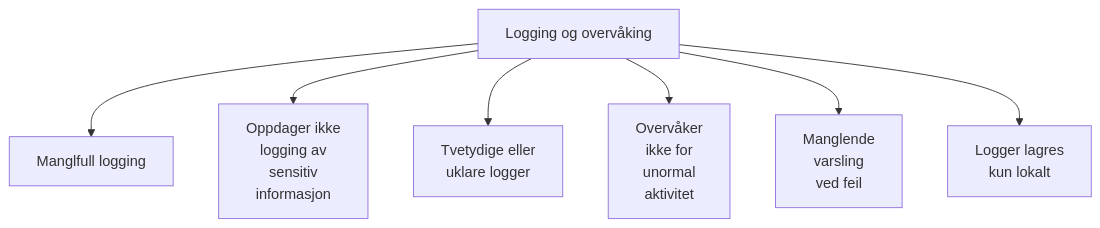
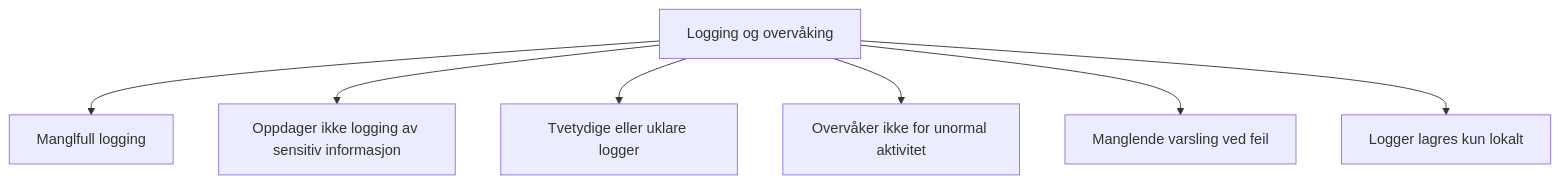
One commit to navikt/security-playbook changed the fourth of 18 diagrams in docs/08-sikker-utvikling/_saarbarhetstraer.mdx. Above: the diagram before and after it, drawn with Mermaid. The commit also changed other lines of this file, not shown here.

````diff
--- a/docs/08-sikker-utvikling/_saarbarhetstraer.mdx
+++ b/docs/08-sikker-utvikling/_saarbarhetstraer.mdx
@@ -60,9 +60,9 @@
 ```mermaid
 graph TD;
     LOGG[Logging og overvåking]-->MANGEL[Manglfull logging];
-    LOGG-->SENS[Oppdager ikke\n logging av\n sensitiv\n informasjon];
-    LOGG-->TVE[Tvetydige eller\n uklare logger];
-    LOGG-->MON[Overvåker\n ikke for\n unormal\n aktivitet];
-    LOGG-->VARSL[Manglende\n varsling\n ved feil];
-    LOGG-->LOKALT[Logger lagres\n kun lokalt];
+    LOGG-->SENS[Oppdager ikke logging av sensitiv informasjon];
+    LOGG-->TVE[Tvetydige eller uklare logger];
+    LOGG-->MON[Overvåker ikke for unormal aktivitet];
+    LOGG-->VARSL[Manglende varsling ved feil];
+    LOGG-->LOKALT[Logger lagres kun lokalt];
 ```
````
